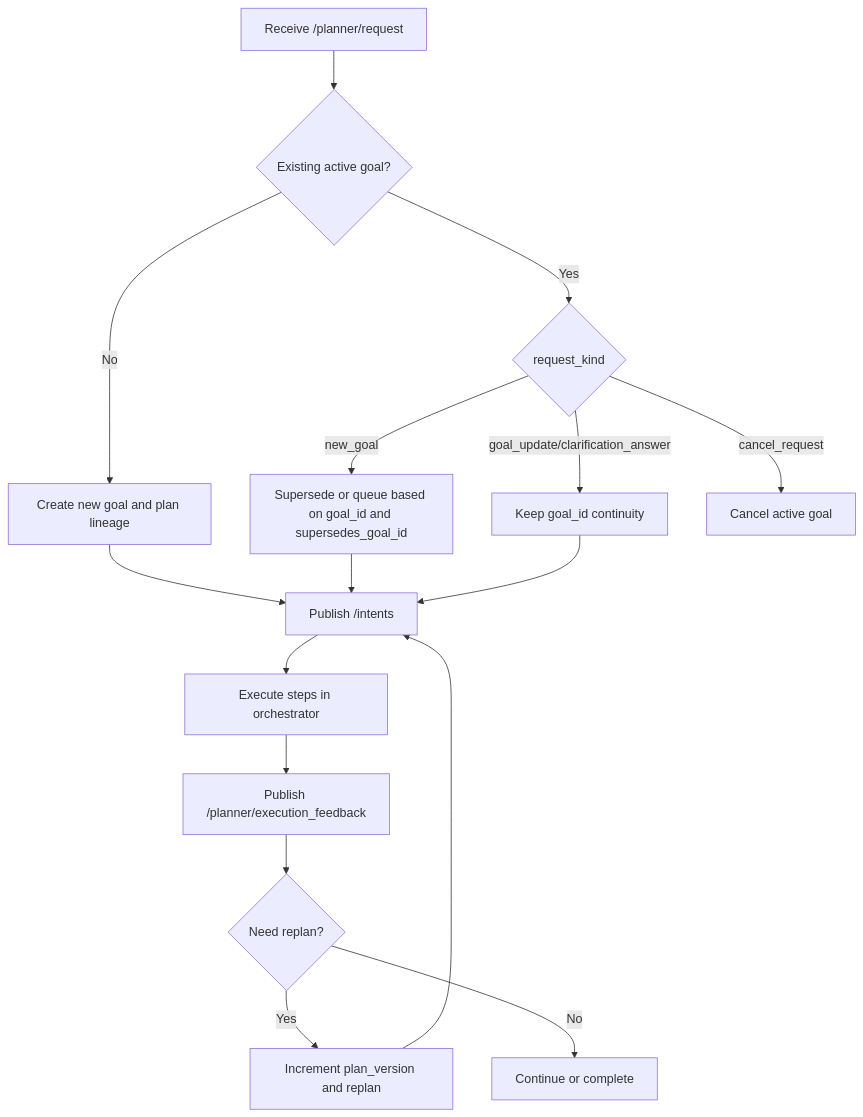
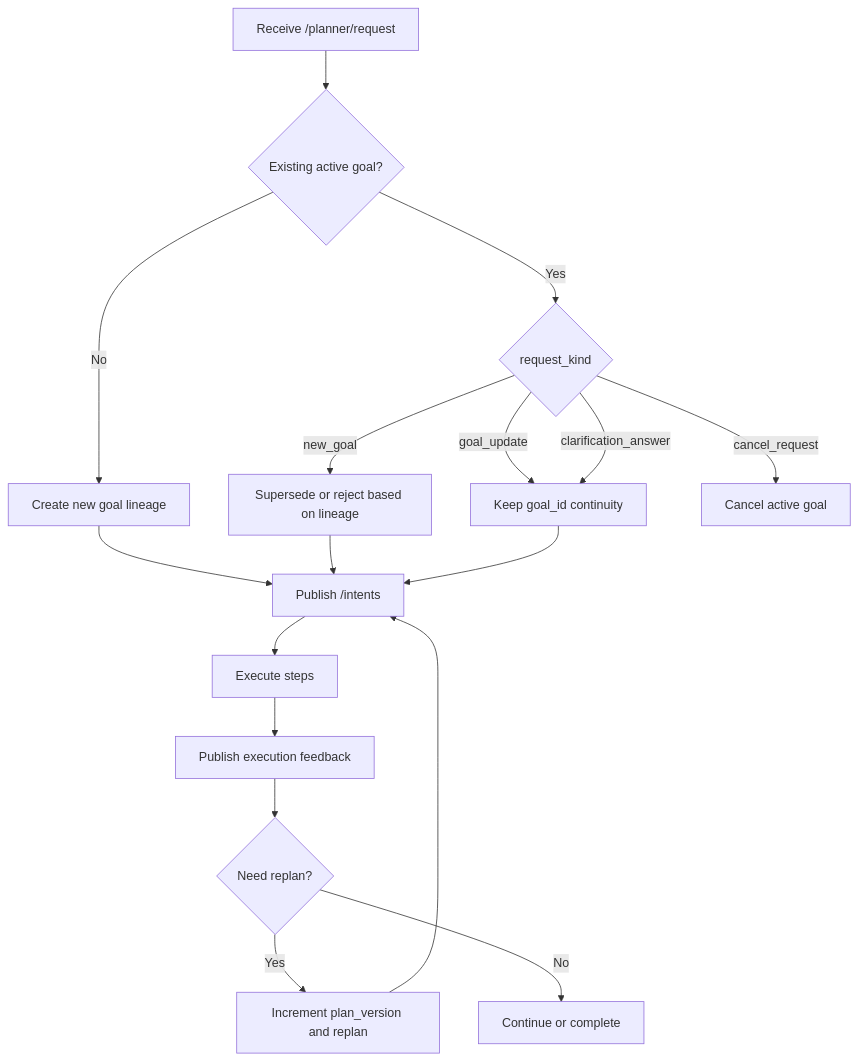
The seventh of 7 diagrams in docs/plans/sv_e2e_planner_flow_walkthrough_2026-06-01.md (ieverythng/nao-ros4hri-bridge), drawn with Mermaid before and after one commit. The commit also changed other lines of this file and 5 other files, not shown here.

````diff
--- a/docs/plans/sv_e2e_planner_flow_walkthrough_2026-06-01.md
+++ b/docs/plans/sv_e2e_planner_flow_walkthrough_2026-06-01.md
@@ -453,18 +515,19 @@
 ```mermaid
 flowchart TD
-    A[Receive /planner/request] --> B{Existing active goal?}
-    B -- No --> C[Create new goal and plan lineage]
-    B -- Yes --> D{request_kind}
-    D -- new_goal --> E[Supersede or queue based on goal_id and supersedes_goal_id]
-    D -- goal_update/clarification_answer --> F[Keep goal_id continuity]
-    D -- cancel_request --> G[Cancel active goal]
-    C --> H[Publish /intents]
+    A["Receive /planner/request"] --> B{"Existing active goal?"}
+    B -- No --> C["Create new goal lineage"]
+    B -- Yes --> D{"request_kind"}
+    D -- new_goal --> E["Supersede or reject based on lineage"]
+    D -- goal_update --> F["Keep goal_id continuity"]
+    D -- clarification_answer --> F
+    D -- cancel_request --> G["Cancel active goal"]
+    C --> H["Publish /intents"]
     E --> H
     F --> H
-    H --> I[Execute steps in orchestrator]
-    I --> J[Publish /planner/execution_feedback]
-    J --> K{Need replan?}
-    K -- Yes --> L[Increment plan_version and replan]
-    K -- No --> M[Continue or complete]
+    H --> I["Execute steps"]
+    I --> J["Publish execution feedback"]
+    J --> K{"Need replan?"}
+    K -- Yes --> L["Increment plan_version and replan"]
+    K -- No --> M["Continue or complete"]
     L --> H
 ```
````
